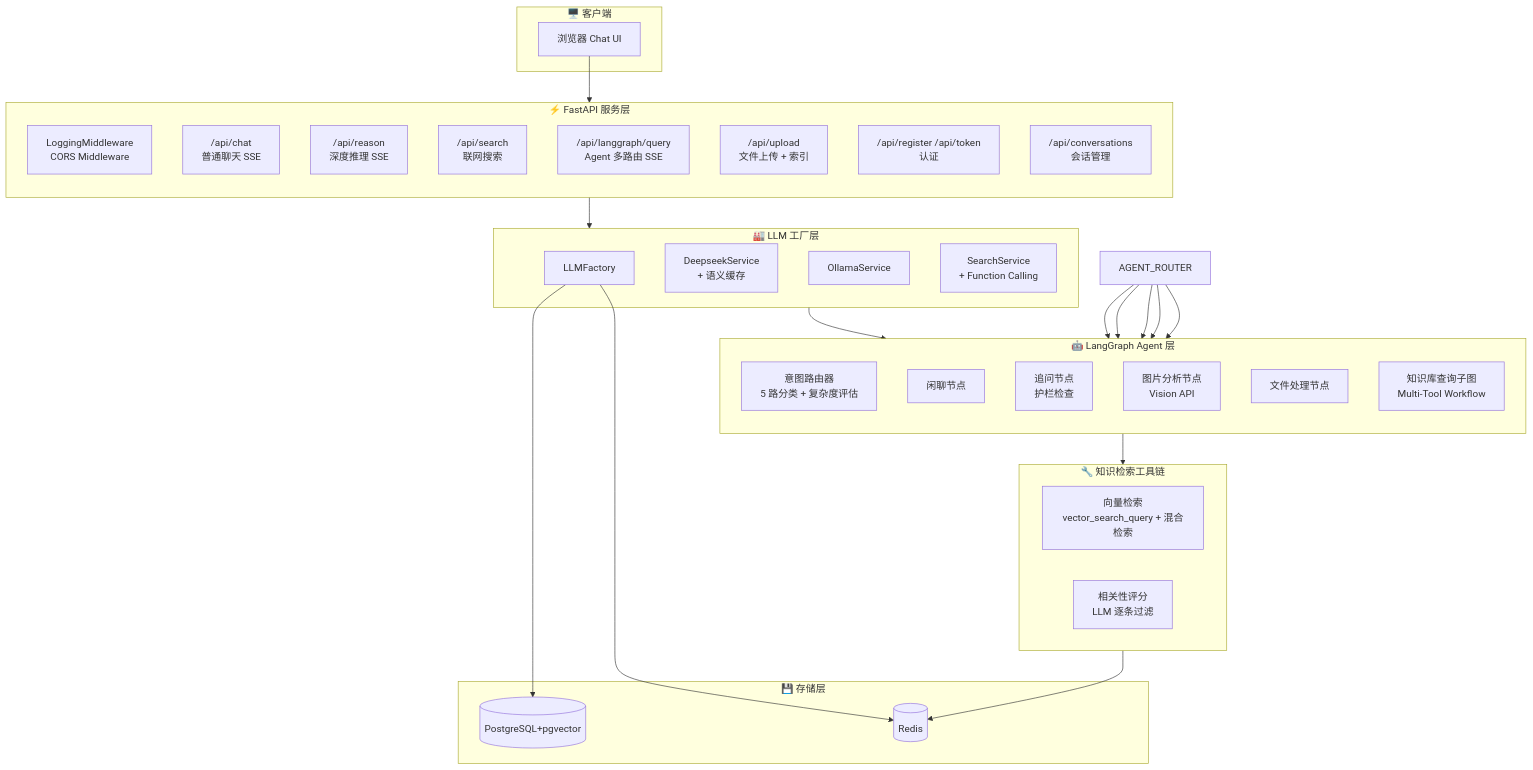
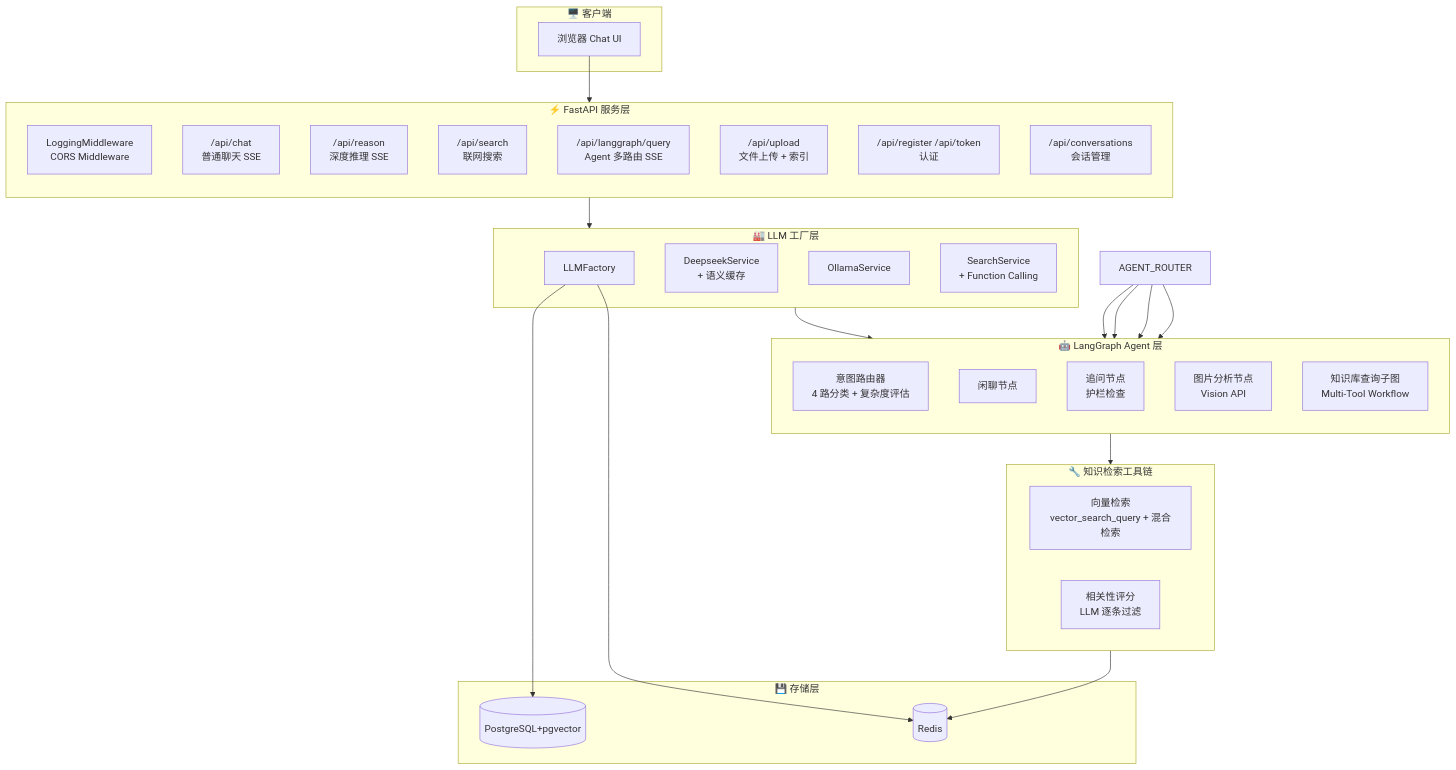
Before and after one commit to blowt16/SmartCS-Agent: the second of 10 diagrams in docs/PROJECT_ANALYSIS.md, drawn with Mermaid. The commit also changed other lines of this file, not shown here.

````diff
--- a/docs/PROJECT_ANALYSIS.md
+++ b/docs/PROJECT_ANALYSIS.md
@@ -108,55 +108,54 @@
 ```mermaid
 flowchart TB
     subgraph Client["🖥️ 客户端"]
         Browser["浏览器 Chat UI"]
     end
 
     subgraph FastAPI["⚡ FastAPI 服务层"]
         direction TB
         MW["LoggingMiddleware<br/>CORS Middleware"]
         CHAT["/api/chat<br/>普通聊天 SSE"]
         REASON["/api/reason<br/>深度推理 SSE"]
         SEARCH["/api/search<br/>联网搜索"]
         LG["/api/langgraph/query<br/>Agent 多路由 SSE"]
         UPLOAD["/api/upload<br/>文件上传 + 索引"]
         AUTH["/api/register /api/token<br/>认证"]
         CONV["/api/conversations<br/>会话管理"]
     end
 
     subgraph Factory["🏭 LLM 工厂层"]
         LLMF["LLMFactory"]
         DS["DeepseekService<br/>+ 语义缓存"]
         OS["OllamaService"]
         SS["SearchService<br/>+ Function Calling"]
     end
 
     subgraph Agent["🤖 LangGraph Agent 层"]
         direction TB
-        ROUTER["意图路由器<br/>5 路分类 + 复杂度评估"]
+        ROUTER["意图路由器<br/>4 路分类 + 复杂度评估"]
         GEN["闲聊节点"]
         ADD["追问节点<br/>护栏检查"]
         IMG["图片分析节点<br/>Vision API"]
-        FILE["文件处理节点"]
         KG["知识库查询子图<br/>Multi-Tool Workflow"]
     end
 
     subgraph KGTools["🔧 知识检索工具链"]
         direction LR
         GRAG["向量检索<br/>vector_search_query + 混合检索"]
         RG["相关性评分<br/>LLM 逐条过滤"]
     end
 
     subgraph Store["💾 存储层"]
         PostgreSQL[(PostgreSQL+pgvector)]
         Redis[(Redis)]
     end
 
     Browser --> FastAPI
     FastAPI --> Factory
     Factory --> Agent
-    AGENT_ROUTER --> GEN & ADD & IMG & FILE & KG
+    AGENT_ROUTER --> GEN & ADD & IMG & KG
     KG --> KGTools
     KGTools --> Redis
     LLMF --> PostgreSQL
     LLMF --> Redis
 ```
````
